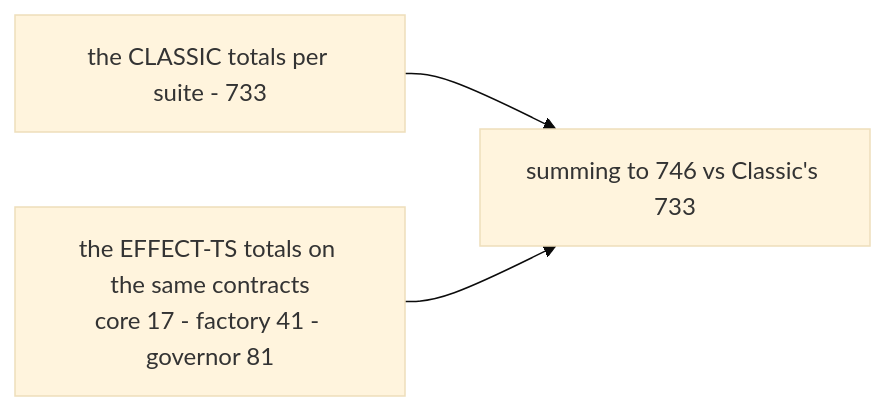
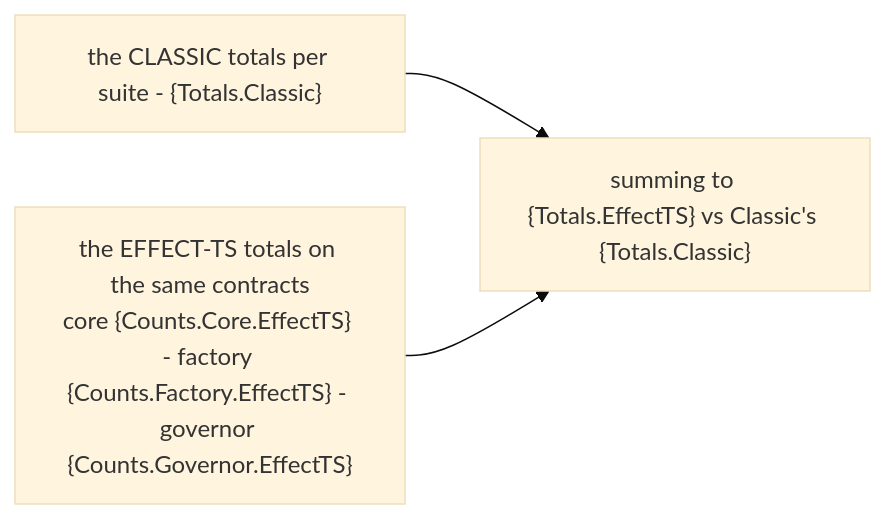
Before and after one commit to PlayForm/Site-DeepSeek: the diagram in Source/Content/Mermaid/plugins-smoke-counts.mmd, drawn with Mermaid (base theme). The commit also changed 51 other files, not shown here.

```diff
--- a/Source/Content/Mermaid/plugins-smoke-counts.mmd
+++ b/Source/Content/Mermaid/plugins-smoke-counts.mmd
@@ -1,6 +1,6 @@
 flowchart LR
-	CLASSIC["the CLASSIC totals per suite - 733"]
-	ET["the EFFECT-TS totals on the same contracts<br/>core 17 - factory 41 - governor 81"]
-	SUM["summing to 746 vs Classic's 733"]
+	CLASSIC["the CLASSIC totals per suite - {Totals.Classic}"]
+	ET["the EFFECT-TS totals on the same contracts<br/>core {Counts.Core.EffectTS} - factory {Counts.Factory.EffectTS} - governor {Counts.Governor.EffectTS}"]
+	SUM["summing to {Totals.EffectTS} vs Classic's {Totals.Classic}"]
 	CLASSIC --> SUM
 	ET --> SUM
```
